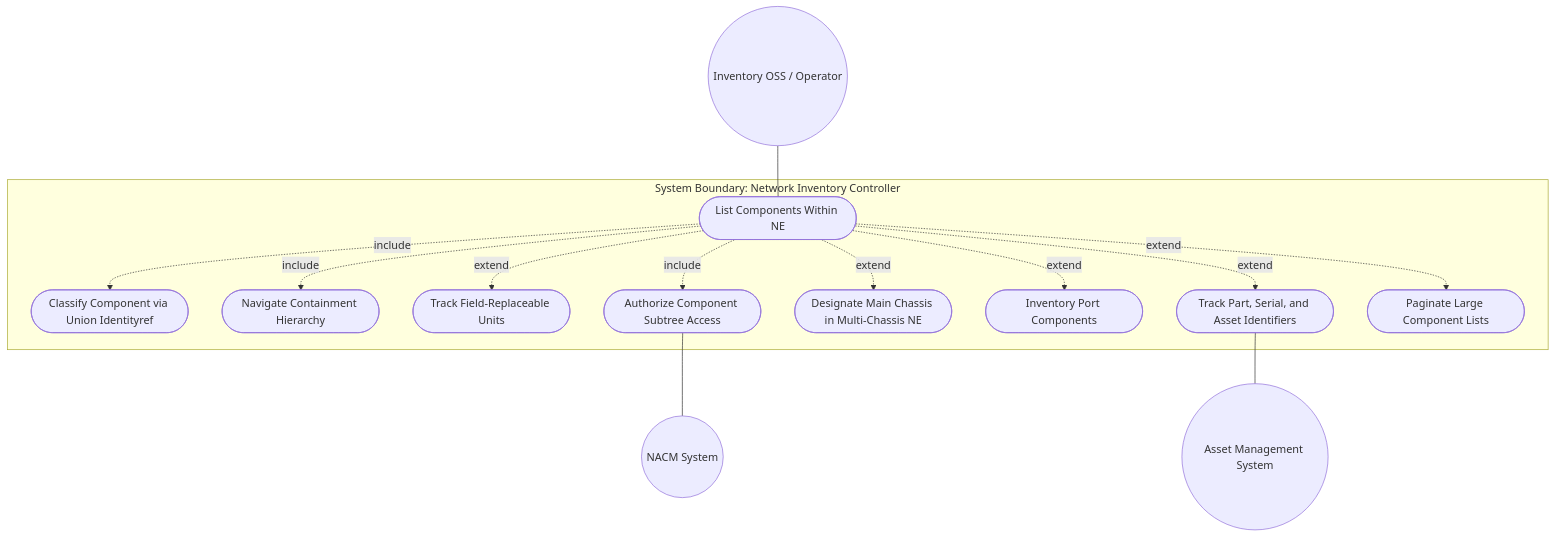
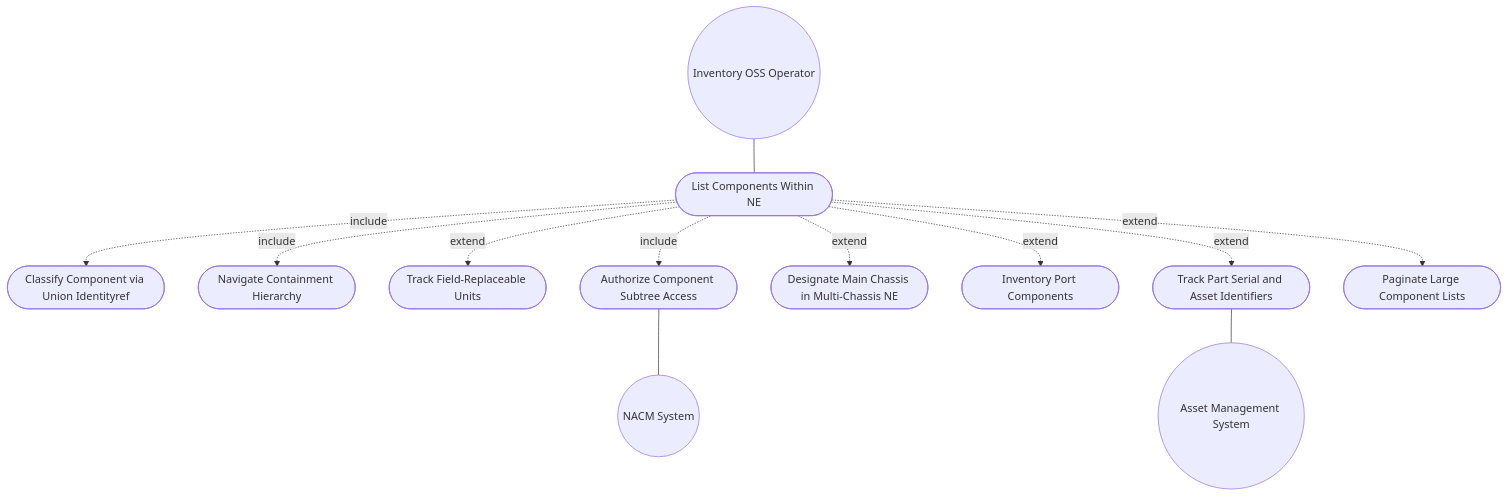
One commit to gintatkinson/3dgs-030 changed the first of 2 diagrams in docs/use-cases/uc-13-component-inventory.md. Above: the diagram before and after it, drawn with Mermaid. The commit also changed other lines of this file and 20 other files, not shown here.

First line of the commit message:
fix: repair Mermaid rendering across all 18 use cases and 5 topology features

````diff
--- a/docs/use-cases/uc-13-component-inventory.md
+++ b/docs/use-cases/uc-13-component-inventory.md
@@ -175,25 +175,23 @@
 ```mermaid
 graph TD
-    subgraph "System Boundary: Network Inventory Controller"
-        UC_ListComp([List Components Within NE])
-        UC_ClassComp([Classify Component via Union Identityref])
-        UC_Hierarchy([Navigate Containment Hierarchy])
-        UC_FRU([Track Field-Replaceable Units])
-        UC_Asset([Track Part, Serial, and Asset Identifiers])
-        UC_MultiChassis([Designate Main Chassis in Multi-Chassis NE])
-        UC_PortInv([Inventory Port Components])
-        UC_AuthComp([Authorize Component Subtree Access])
-        UC_Paginate([Paginate Large Component Lists])
-    end
-    Operator((Inventory OSS / Operator)) --- UC_ListComp
-     UC_ListComp -. "include" .-> UC_ClassComp
-     UC_ListComp -. "include" .-> UC_Hierarchy
-     UC_ListComp -. "include" .-> UC_AuthComp
-     UC_ListComp -. "extend" .-> UC_FRU
-     UC_ListComp -. "extend" .-> UC_Asset
-     UC_ListComp -. "extend" .-> UC_MultiChassis
-     UC_ListComp -. "extend" .-> UC_PortInv
-     UC_ListComp -. "extend" .-> UC_Paginate
+    UC_ListComp([List Components Within NE])
+    UC_ClassComp([Classify Component via Union Identityref])
+    UC_Hierarchy([Navigate Containment Hierarchy])
+    UC_FRU([Track Field-Replaceable Units])
+    UC_Asset([Track Part Serial and Asset Identifiers])
+    UC_MultiChassis([Designate Main Chassis in Multi-Chassis NE])
+    UC_PortInv([Inventory Port Components])
+    UC_AuthComp([Authorize Component Subtree Access])
+    UC_Paginate([Paginate Large Component Lists])
+    Operator((Inventory OSS Operator)) --- UC_ListComp
+    UC_ListComp -. include .-> UC_ClassComp
+    UC_ListComp -. include .-> UC_Hierarchy
+    UC_ListComp -. include .-> UC_AuthComp
+    UC_ListComp -. extend .-> UC_FRU
+    UC_ListComp -. extend .-> UC_Asset
+    UC_ListComp -. extend .-> UC_MultiChassis
+    UC_ListComp -. extend .-> UC_PortInv
+    UC_ListComp -. extend .-> UC_Paginate
     UC_AuthComp --- NACM((NACM System))
     UC_Asset --- AssetSys((Asset Management System))
 ```
````
